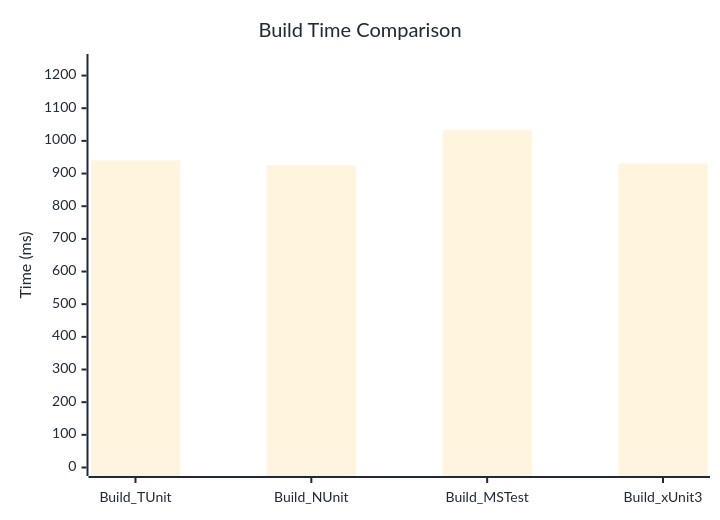
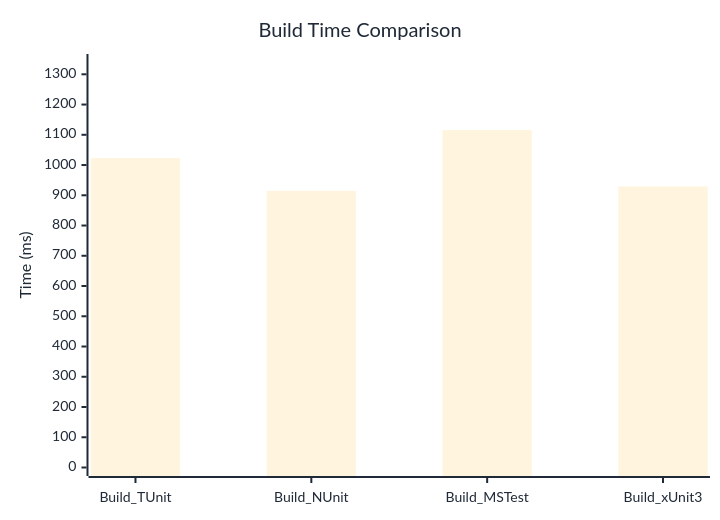
One commit to thomhurst/TUnit changed the diagram in docs/docs/benchmarks/engine/BuildTime.md. Above: the diagram before and after it, drawn with Mermaid. The commit also changed other lines of this file and 18 other files, not shown here.

````diff
--- a/docs/docs/benchmarks/engine/BuildTime.md
+++ b/docs/docs/benchmarks/engine/BuildTime.md
@@ -30,37 +30,37 @@
 ```mermaid
 %%{init: {
   'theme':'base',
   'themeVariables': {
     'primaryColor': '#2563eb',
     'primaryTextColor': '#1f2937',
     'primaryBorderColor': '#1e40af',
     'lineColor': '#6b7280',
     'secondaryColor': '#7c3aed',
     'tertiaryColor': '#dc2626',
     'background': '#ffffff',
     'mainBkg': '#2563eb',
     'secondBkg': '#7c3aed',
     'tertiaryBkg': '#dc2626',
     'clusterBkg': '#f3f4f6',
     'edgeLabelBackground': '#ffffff',
     'tertiaryTextColor': '#1f2937',
     'pie1': '#2563eb',
     'pie2': '#7c3aed',
     'pie3': '#dc2626',
     'pie4': '#f59e0b',
     'pie5': '#10b981',
     'pie6': '#06b6d4',
     'pie7': '#ec4899',
     'pie8': '#6366f1',
     'pie9': '#84cc16',
     'pie10': '#f97316',
     'pie11': '#14b8a6',
     'pie12': '#a855f7'
   }
 }}%%
 xychart-beta
   title "Build Time Comparison"
   x-axis ["Build_TUnit", "Build_NUnit", "Build_MSTest", "Build_xUnit3"]
-  y-axis "Time (ms)" 0 --> 1240
-  bar [940.2, 925.3, 1033, 930.5]
+  y-axis "Time (ms)" 0 --> 1339
+  bar [1022.9, 914.6, 1115.7, 929.3]
 ```
````
